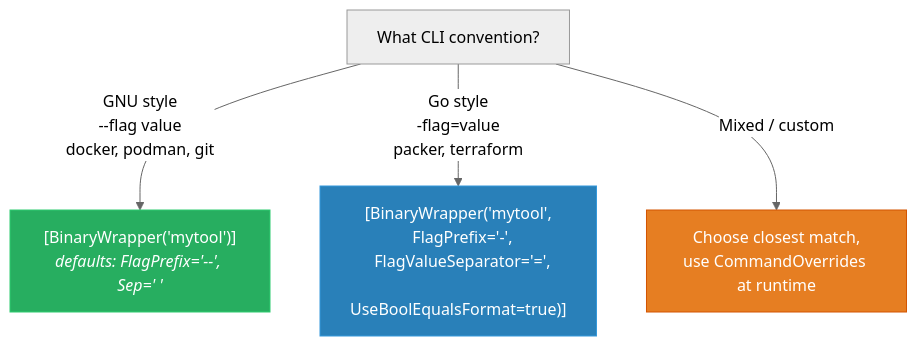
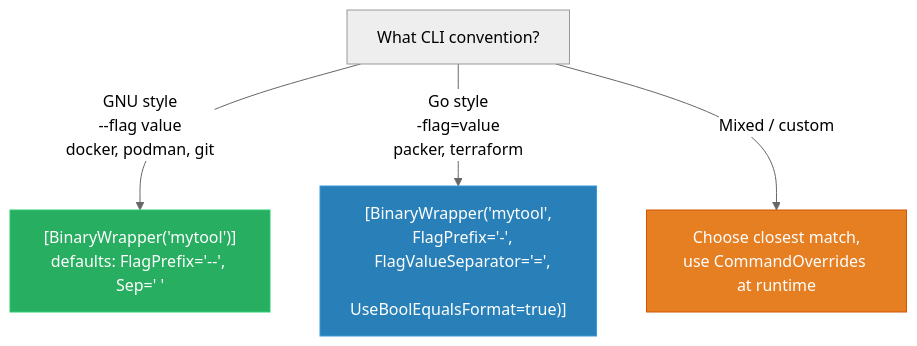
Before and after one commit to FrenchExDev/FrenchExDev: the third of 5 diagrams in Net/FrenchExDev/BinaryWrapper/doc/HOW-TO.md, drawn with Mermaid (neutral theme). The commit also changed other lines of this file and 29723 other files, not shown here.

````diff
--- a/Net/FrenchExDev/BinaryWrapper/doc/HOW-TO.md
+++ b/Net/FrenchExDev/BinaryWrapper/doc/HOW-TO.md
@@ -427,11 +369,11 @@
 ```mermaid
 flowchart TD
     Q["What CLI convention?"]
-    Q -->|"GNU style<br/>--flag value<br/>docker, podman, git"| GNU["[BinaryWrapper('mytool')]<br/><i>defaults: FlagPrefix='--', Sep=' '</i>"]
-    Q -->|"Go style<br/>-flag=value<br/>packer, terraform"| GO["[BinaryWrapper('mytool',<br/>  FlagPrefix='-',<br/>  FlagValueSeparator='=',<br/>  UseBoolEqualsFormat=true)]"]
-    Q -->|"Mixed / custom"| MIX["Choose closest match,<br/>use CommandOverrides at runtime"]
+    Q -->|"GNU style<br>--flag value<br>docker, podman, git"| GNU["[BinaryWrapper('mytool')]<br>defaults: FlagPrefix='--', Sep=' '"]
+    Q -->|"Go style<br>-flag=value<br>packer, terraform"| GO["[BinaryWrapper('mytool',<br>  FlagPrefix='-',<br>  FlagValueSeparator='=',<br>  UseBoolEqualsFormat=true)]"]
+    Q -->|"Mixed / custom"| MIX["Choose closest match,<br>use CommandOverrides at runtime"]
 
     style GNU fill:#27ae60,stroke:#2ecc71,color:#fff
     style GO fill:#2980b9,stroke:#3498db,color:#fff
     style MIX fill:#e67e22,stroke:#d35400,color:#fff
 ```
````
